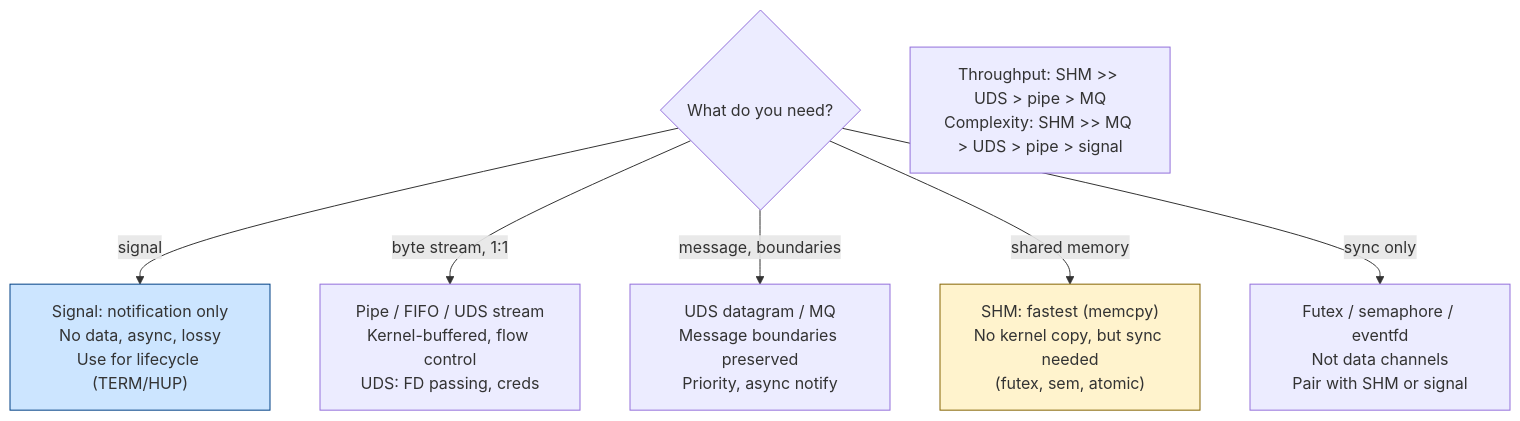
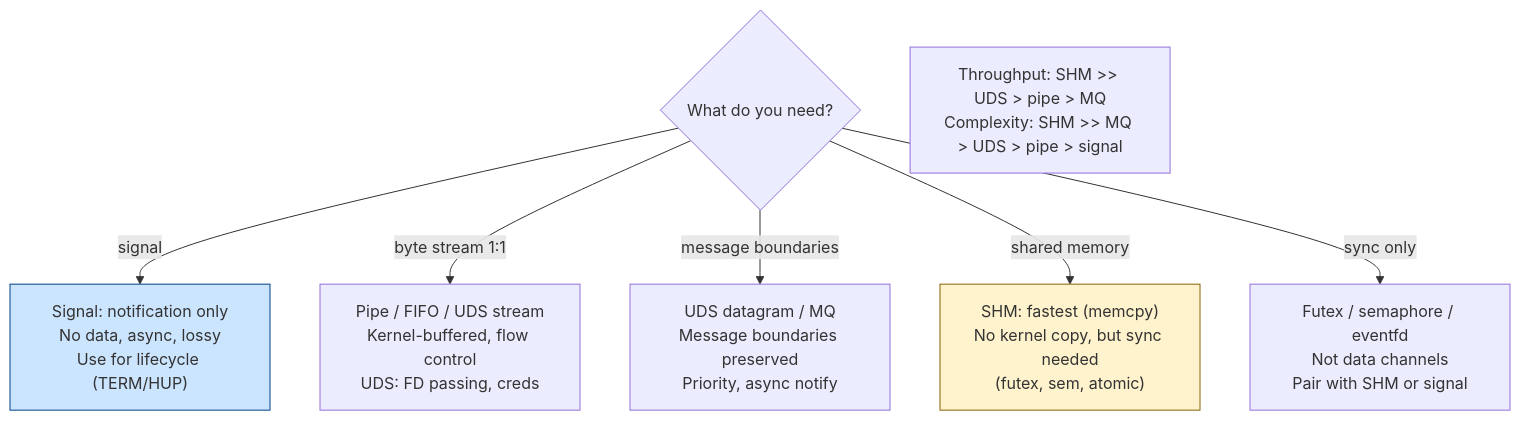
Before and after one commit to bumbsclaw/textbooks: the eighth of 8 diagrams in vol-02-operating-systems-linux/ch08-ipc.md, drawn with Mermaid. The commit also changed other lines of this file and 173 other files, not shown here.

First line of the commit message:
fix(mermaid): close note brackets, semicolons in Notes, stateDiagram br -> dash, edge parens

````diff
--- a/vol-02-operating-systems-linux/ch08-ipc.md
+++ b/vol-02-operating-systems-linux/ch08-ipc.md
@@ -730,12 +730,12 @@
 ```mermaid
 flowchart TD
     Q{"What do you need?"}
     Q -->|"signal"| S["Signal: notification only<br/>No data, async, lossy<br/>Use for lifecycle (TERM/HUP)"]
-    Q -->|"byte stream, 1:1"| P["Pipe / FIFO / UDS stream<br/>Kernel-buffered, flow control<br/>UDS: FD passing, creds"]
-    Q -->|"message, boundaries"| M["UDS datagram / MQ<br/>Message boundaries preserved<br/>Priority, async notify"]
+    Q -->|"byte stream 1:1"| P["Pipe / FIFO / UDS stream<br/>Kernel-buffered, flow control<br/>UDS: FD passing, creds"]
+    Q -->|"message boundaries"| M["UDS datagram / MQ<br/>Message boundaries preserved<br/>Priority, async notify"]
     Q -->|"shared memory"| SHM["SHM: fastest (memcpy)<br/>No kernel copy, but sync needed<br/>(futex, sem, atomic)"]
     Q -->|"sync only"| Sync["Futex / semaphore / eventfd<br/>Not data channels<br/>Pair with SHM or signal"]
     Trade["Throughput: SHM >> UDS > pipe > MQ<br/>Complexity: SHM >> MQ > UDS > pipe > signal"]
     style SHM fill:#fff3cd,stroke:#856404
     style S fill:#cce5ff,stroke:#004085
 ```
````
